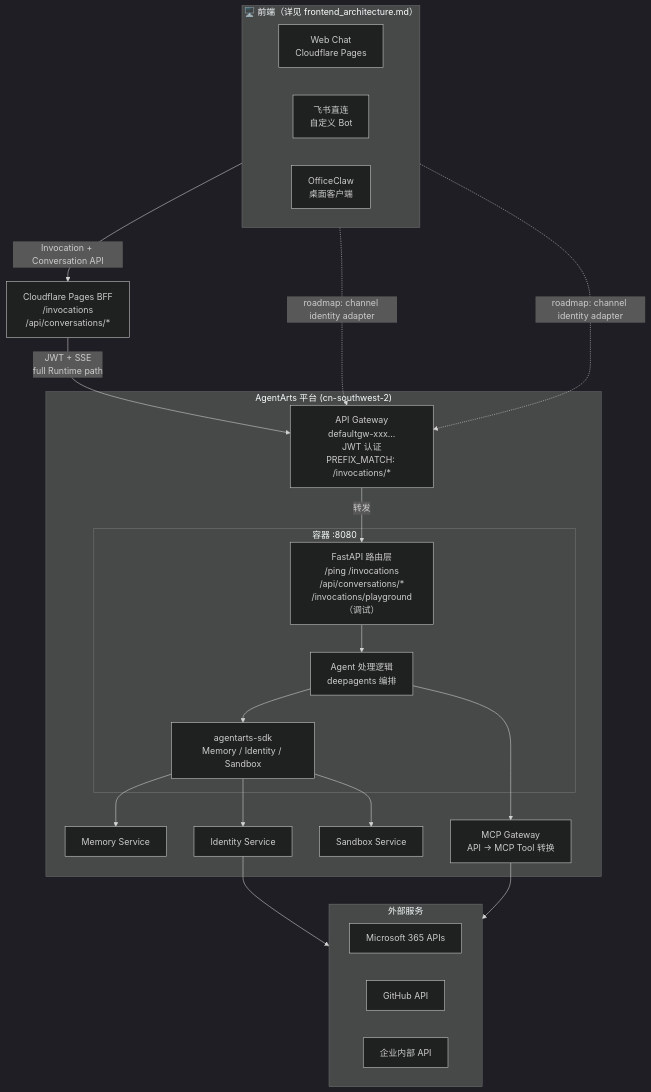
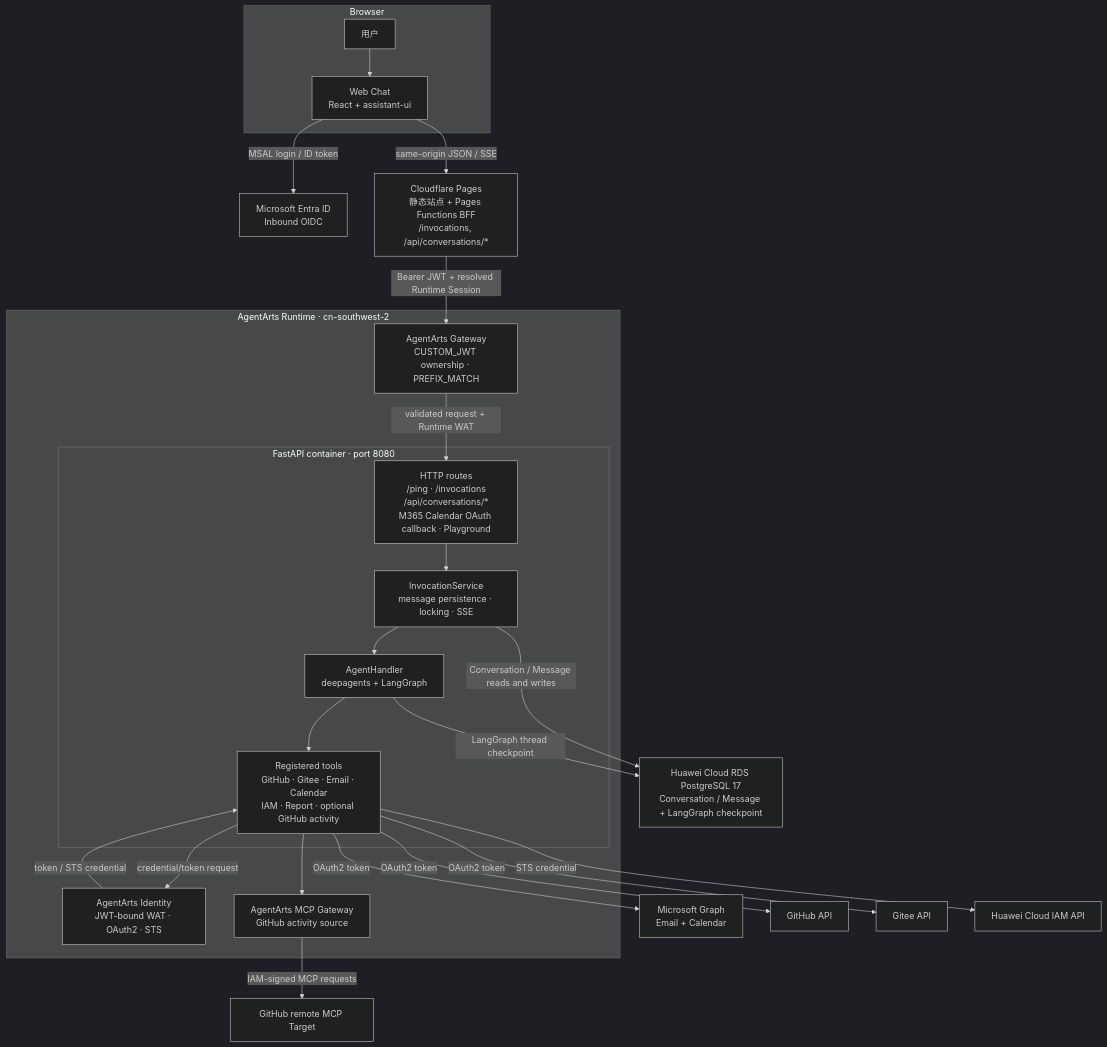
One commit to git-malu/personal-assistant changed the first of 7 diagrams in personal-assistant-meta/architecture/overall_architecture.md. Above: the diagram before and after it, drawn with Mermaid (dark theme). The commit also changed other lines of this file, not shown here.

First line of the commit message:
docs: rewrite overall architecture as current implementation baseline

````diff
--- a/personal-assistant-meta/architecture/overall_architecture.md
+++ b/personal-assistant-meta/architecture/overall_architecture.md
@@ -13,43 +13,49 @@
 ```mermaid
 flowchart TB
-    subgraph Frontends["🖥️ 前端（详见 frontend_architecture.md）"]
-        direction LR
-        WebChat["Web Chat<br/>Cloudflare Pages"]
-        Feishu["飞书直连<br/>自定义 Bot"]
-        OC["OfficeClaw<br/>桌面客户端"]
+    subgraph Browser["Browser"]
+        User["用户"]
+        WebChat["Web Chat<br/>React + assistant-ui"]
+        User --> WebChat
     end
 
-    PagesFunction["Cloudflare Pages BFF<br/>/invocations<br/>/api/conversations/*"]
+    Entra["Microsoft Entra ID<br/>Inbound OIDC"]
+    Pages["Cloudflare Pages<br/>静态站点 + Pages Functions BFF<br/>/invocations, /api/conversations/*"]
 
-    subgraph AgentArts["AgentArts 平台 (cn-southwest-2)"]
-        APIGW["API Gateway<br/>defaultgw-xxx...<br/>JWT 认证<br/>PREFIX_MATCH: /invocations/*"]
-        subgraph Container["容器 :8080"]
-            Routes["FastAPI 路由层<br/>/ping /invocations<br/>/api/conversations/*<br/>/invocations/playground（调试）"]
-            Handler["Agent 处理逻辑<br/>deepagents 编排"]
-            SDK["agentarts-sdk<br/>Memory / Identity / Sandbox"]
+    subgraph Runtime["AgentArts Runtime · cn-southwest-2"]
+        Gateway["AgentArts Gateway<br/>CUSTOM_JWT ownership · PREFIX_MATCH"]
+        subgraph Service["FastAPI container · port 8080"]
+            Routes["HTTP routes<br/>/ping · /invocations<br/>/api/conversations/*<br/>M365 Calendar OAuth callback · Playground"]
+            Invocation["InvocationService<br/>message persistence · locking · SSE"]
+            Agent["AgentHandler<br/>deepagents + LangGraph"]
+            Tools["Registered tools<br/>GitHub · Gitee · Email · Calendar<br/>IAM · Report · optional GitHub activity"]
         end
-        MemorySvc["Memory Service"]
-        IdentitySvc["Identity Service"]
-        SandboxSvc["Sandbox Service"]
-        MCPGW["MCP Gateway<br/>API → MCP Tool 转换"]
+        Identity["AgentArts Identity<br/>JWT-bound WAT · OAuth2 · STS"]
+        MCP["AgentArts MCP Gateway<br/>GitHub activity source"]
     end
 
-    subgraph External["外部服务"]
-        Microsoft365API["Microsoft 365 APIs"]
-        GitHubAPI["GitHub API"]
-        InternalAPI["企业内部 API"]
-    end
+    DB["Huawei Cloud RDS PostgreSQL 17<br/>Conversation / Message + LangGraph checkpoint"]
+    Graph["Microsoft Graph<br/>Email + Calendar"]
+    GitHub["GitHub API"]
+    Gitee["Gitee API"]
+    IAM["Huawei Cloud IAM API"]
+    GitHubMCP["GitHub remote MCP Target"]
 
-    WebChat -->|"Invocation + Conversation API"| PagesFunction
-    PagesFunction -->|"JWT + SSE<br/>full Runtime path"| APIGW
-    Feishu -. "roadmap: channel identity adapter" .-> APIGW
-    OC -. "roadmap: channel identity adapter" .-> APIGW
-    APIGW -->|"转发"| Routes
-    Routes --> Handler
-    Handler --> SDK
-    SDK --> MemorySvc
-    SDK --> IdentitySvc
-    SDK --> SandboxSvc
-    Handler --> MCPGW --> External
-    IdentitySvc --> External
+    WebChat -->|"MSAL login / ID token"| Entra
+    WebChat -->|"same-origin JSON / SSE"| Pages
+    Pages -->|"Bearer JWT + resolved Runtime Session"| Gateway
+    Gateway -->|"validated request + Runtime WAT"| Routes
+    Routes --> Invocation
+    Invocation -->|"Conversation / Message reads and writes"| DB
+    Invocation --> Agent
+    Agent -->|"LangGraph thread checkpoint"| DB
+    Agent --> Tools
+    Tools -->|"credential/token request"| Identity
+    Identity -->|"token / STS credential"| Tools
+    Tools -->|"OAuth2 token"| Graph
+    Tools -->|"OAuth2 token"| GitHub
+    Tools -->|"OAuth2 token"| Gitee
+    Tools -->|"STS credential"| IAM
+    Tools --> MCP
+    MCP -->|"IAM-signed MCP requests"| GitHubMCP
+
 ```
````
